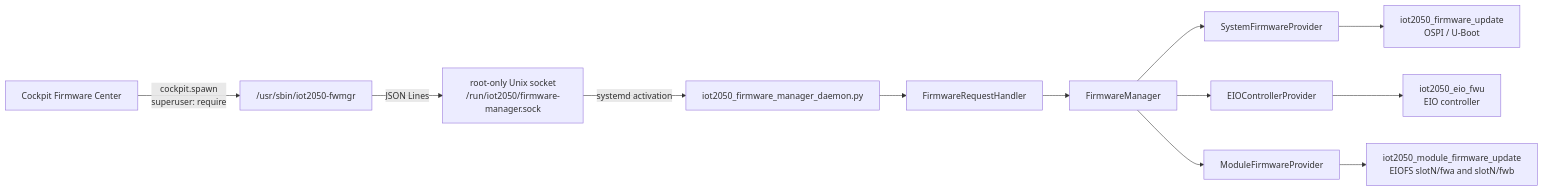
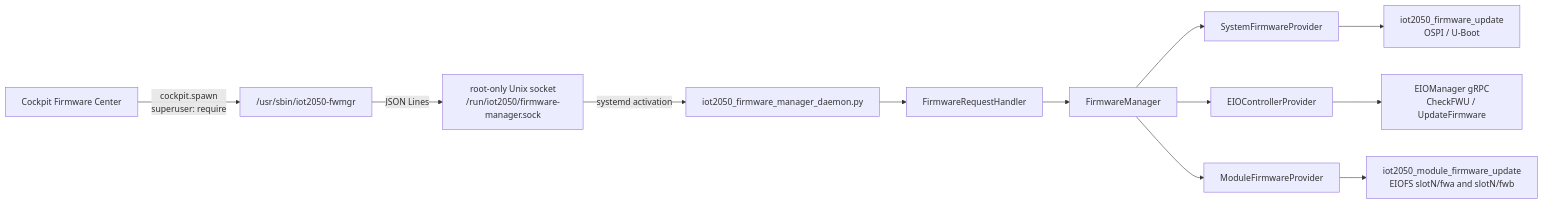
The diagram in doc/firmware-center.md (huaqianli/meta-iot2050), drawn with Mermaid before and after one commit. The commit also changed other lines of this file and 9 other files, not shown here.

````diff
--- a/doc/firmware-center.md
+++ b/doc/firmware-center.md
@@ -25,27 +25,27 @@
 ```mermaid
 flowchart LR
     UI[Cockpit Firmware Center]
     CLI["/usr/sbin/iot2050-fwmgr"]
     Socket["root-only Unix socket<br/>/run/iot2050/firmware-manager.sock"]
     Daemon[iot2050_firmware_manager_daemon.py]
     Handler[FirmwareRequestHandler]
     Manager[FirmwareManager]
     System[SystemFirmwareProvider]
     Controller[EIOControllerProvider]
     Module[ModuleFirmwareProvider]
     SystemBackend[iot2050_firmware_update<br/>OSPI / U-Boot]
-    ControllerBackend[iot2050_eio_fwu<br/>EIO controller]
+    ControllerRPC[EIOManager gRPC<br/>CheckFWU / UpdateFirmware]
     ModuleBackend[iot2050_module_firmware_update<br/>EIOFS slotN/fwa and slotN/fwb]
 
     UI -->|cockpit.spawn<br/>superuser: require| CLI
     CLI -->|JSON Lines| Socket
     Socket -->|systemd activation| Daemon
     Daemon --> Handler
     Handler --> Manager
     Manager --> System
     Manager --> Controller
     Manager --> Module
     System --> SystemBackend
-    Controller --> ControllerBackend
+    Controller --> ControllerRPC
     Module --> ModuleBackend
 ```
````
